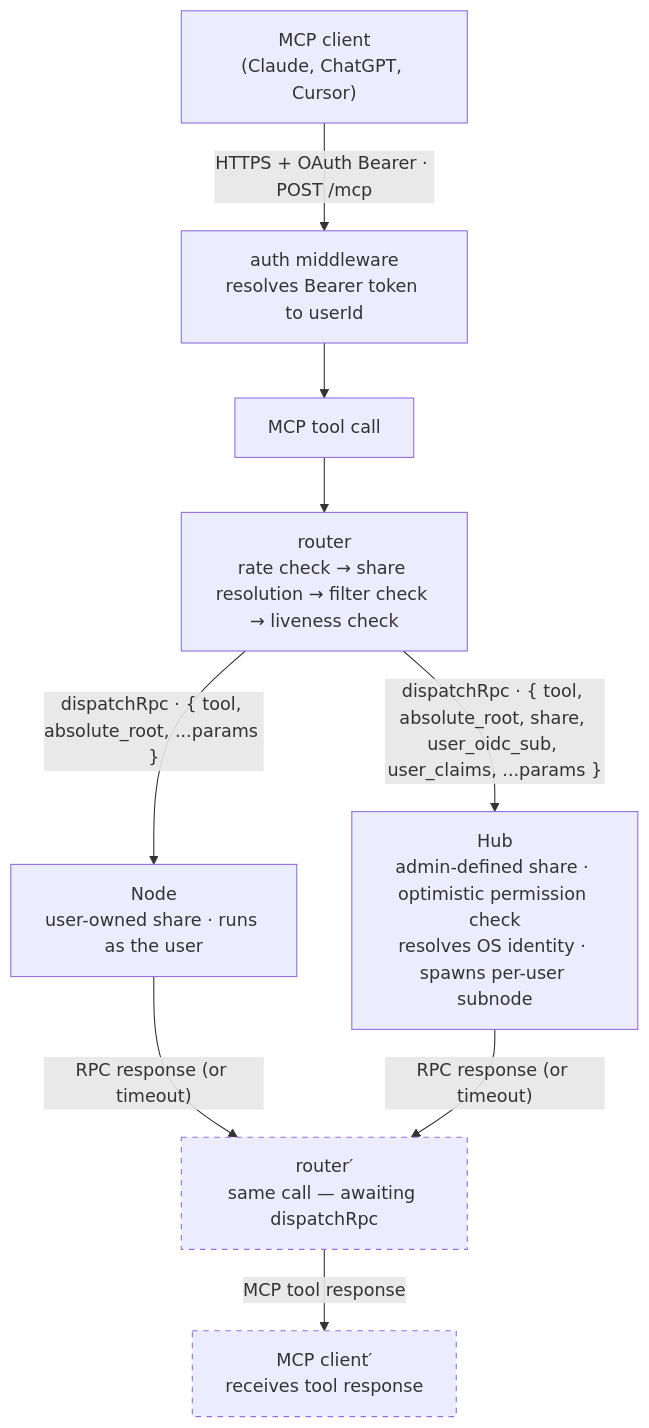
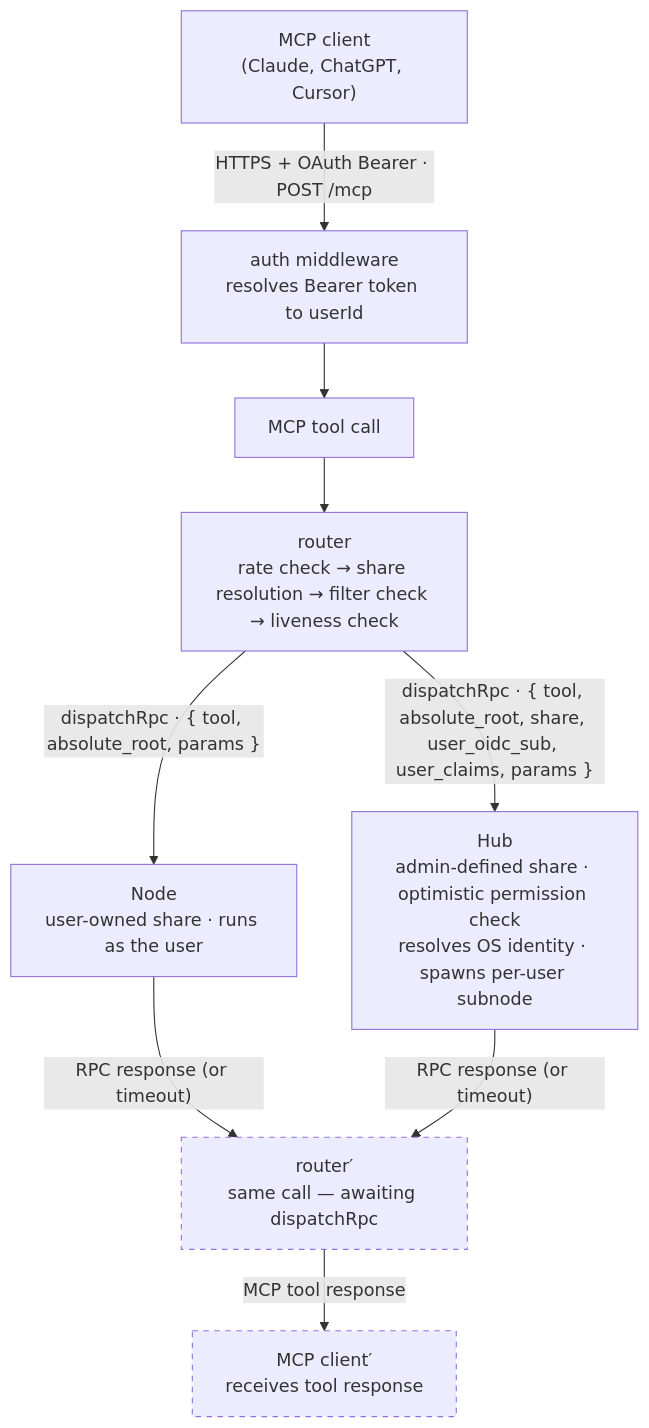
One commit to Mahasamuha/constellation-mcp changed the first of 3 diagrams in docs/relay.md. Above: the diagram before and after it, drawn with Mermaid. The commit also changed other lines of this file and 6 other files, not shown here.

````diff
--- a/docs/relay.md
+++ b/docs/relay.md
@@ -9,23 +9,23 @@
 ```mermaid
 flowchart TD
     Client["MCP client\n(Claude, ChatGPT, Cursor)"]
     Auth["auth middleware\nresolves Bearer token to userId"]
     Tool["MCP tool call"]
     Router["router\nrate check → share resolution → filter check → liveness check"]
     Node["Node\nuser-owned share · runs as the user"]
     Hub["Hub\nadmin-defined share · optimistic permission check\nresolves OS identity · spawns per-user subnode"]
     RouterR["router′\nsame call — awaiting dispatchRpc"]
     ClientR["MCP client′\nreceives tool response"]
 
     Client -->|"HTTPS + OAuth Bearer · POST /mcp"| Auth
     Auth --> Tool
     Tool --> Router
-    Router -->|"dispatchRpc · { tool, absolute_root, ...params }"| Node
-    Router -->|"dispatchRpc · { tool, absolute_root, share, user_oidc_sub, user_claims, ...params }"| Hub
+    Router -->|"dispatchRpc · { tool, absolute_root, params }"| Node
+    Router -->|"dispatchRpc · { tool, absolute_root, share, user_oidc_sub, user_claims, params }"| Hub
     Node -->|"RPC response (or timeout)"| RouterR
     Hub -->|"RPC response (or timeout)"| RouterR
     RouterR -->|"MCP tool response"| ClientR
 
     classDef replicated stroke-dasharray: 5 5
     class RouterR,ClientR replicated
 ```
````
